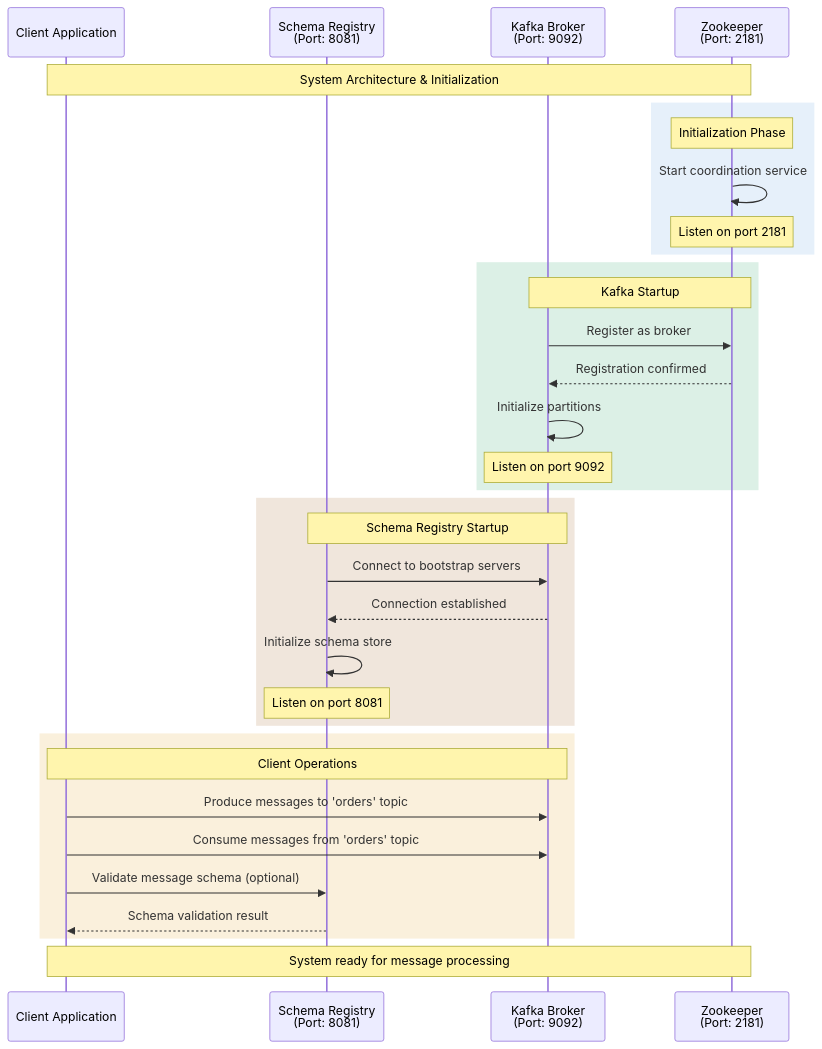
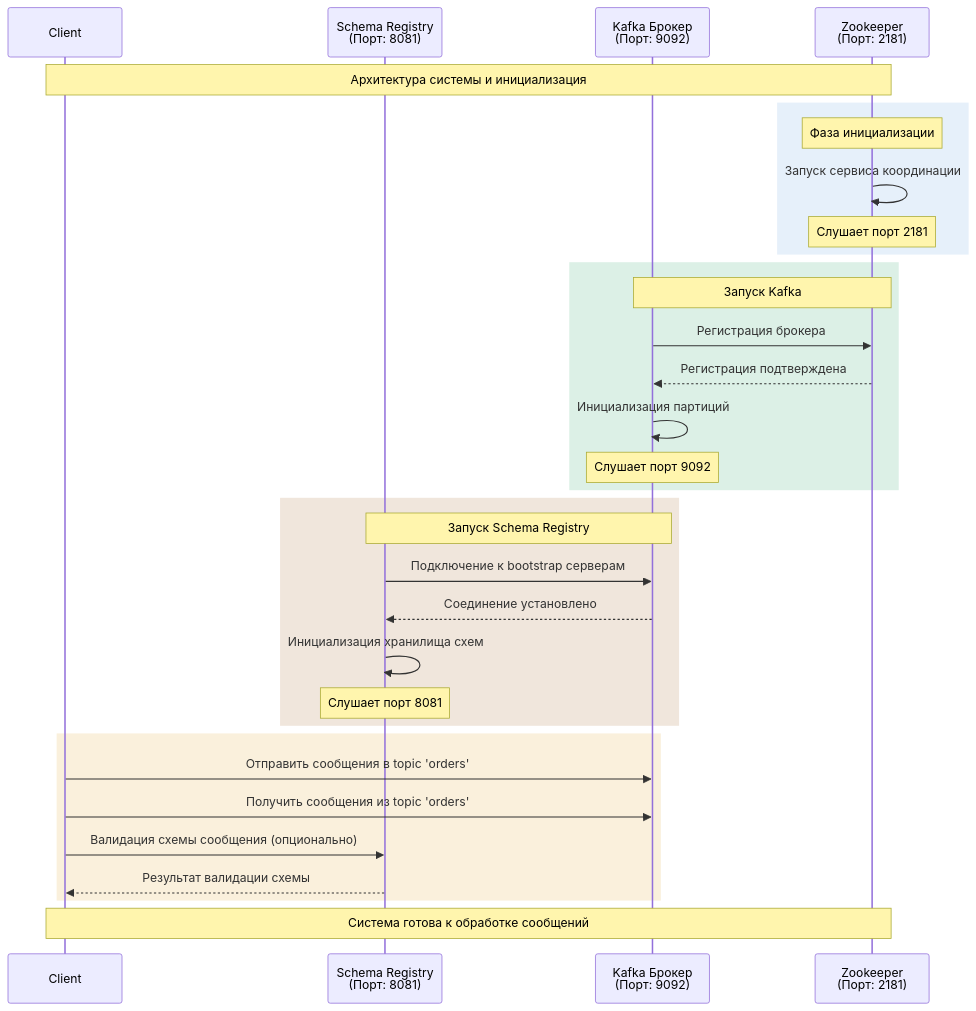
One commit to J4mes0n-04/broker-messaging-demo changed the diagram in broker-messaging-demo/diagrams/05-system-architecture.mmd. Above: the diagram before and after it, drawn with Mermaid. The commit also changed 4 other files, not shown here.

Commit message:
Update diagrams: producer, consumer, end-to-end, integration test, and system architecture flows

```diff
--- a/broker-messaging-demo/diagrams/05-system-architecture.mmd
+++ b/broker-messaging-demo/diagrams/05-system-architecture.mmd
@@ -1,39 +1,39 @@
 sequenceDiagram
-    participant Client as Client Application
-    participant SchemaRegistry as Schema Registry<br/>(Port: 8081)
-    participant Kafka as Kafka Broker<br/>(Port: 9092)
-    participant Zookeeper as Zookeeper<br/>(Port: 2181)
+    participant Client 
+    participant SchemaRegistry as Schema Registry<br/>(Порт: 8081)
+    participant Kafka as Kafka Брокер<br/>(Порт: 9092)
+    participant Zookeeper as Zookeeper<br/>(Порт: 2181)
 
-    Note over Client,Zookeeper: System Architecture & Initialization
+    Note over Client,Zookeeper: Архитектура системы и инициализация
 
     rect rgb(230, 240, 250)
-    Note over Zookeeper: Initialization Phase
-    Zookeeper->>Zookeeper: Start coordination service
-    Note over Zookeeper: Listen on port 2181
+    Note over Zookeeper: Фаза инициализации
+    Zookeeper->>Zookeeper: Запуск сервиса координации
+    Note over Zookeeper: Слушает порт 2181
     end
 
     rect rgb(220, 240, 230)
-    Note over Kafka,Zookeeper: Kafka Startup
-    Kafka->>Zookeeper: Register as broker
-    Zookeeper-->>Kafka: Registration confirmed
-    Kafka->>Kafka: Initialize partitions
-    Note over Kafka: Listen on port 9092
+    Note over Kafka,Zookeeper: Запуск Kafka
+    Kafka->>Zookeeper: Регистрация брокера
+    Zookeeper-->>Kafka: Регистрация подтверждена
+    Kafka->>Kafka: Инициализация партиций
+    Note over Kafka: Слушает порт 9092
     end
 
     rect rgb(240, 230, 220)
-    Note over SchemaRegistry,Kafka: Schema Registry Startup
-    SchemaRegistry->>Kafka: Connect to bootstrap servers
-    Kafka-->>SchemaRegistry: Connection established
-    SchemaRegistry->>SchemaRegistry: Initialize schema store
-    Note over SchemaRegistry: Listen on port 8081
+    Note over SchemaRegistry,Kafka: Запуск Schema Registry
+    SchemaRegistry->>Kafka: Подключение к bootstrap серверам
+    Kafka-->>SchemaRegistry: Соединение установлено
+    SchemaRegistry->>SchemaRegistry: Инициализация хранилища схем
+    Note over SchemaRegistry: Слушает порт 8081
     end
 
     rect rgb(250, 240, 220)
-    Note over Client,Kafka: Client Operations
-    Client->>Kafka: Produce messages to 'orders' topic
-    Client->>Kafka: Consume messages from 'orders' topic
-    Client->>SchemaRegistry: Validate message schema (optional)
-    SchemaRegistry-->>Client: Schema validation result
+    
+    Client->>Kafka: Отправить сообщения в topic 'orders'
+    Client->>Kafka: Получить сообщения из topic 'orders'
+    Client->>SchemaRegistry: Валидация схемы сообщения (опционально)
+    SchemaRegistry-->>Client: Результат валидации схемы
     end
 
-    Note over Client,Zookeeper: System ready for message processing
+    Note over Client,Zookeeper: Система готова к обработке сообщений
```
